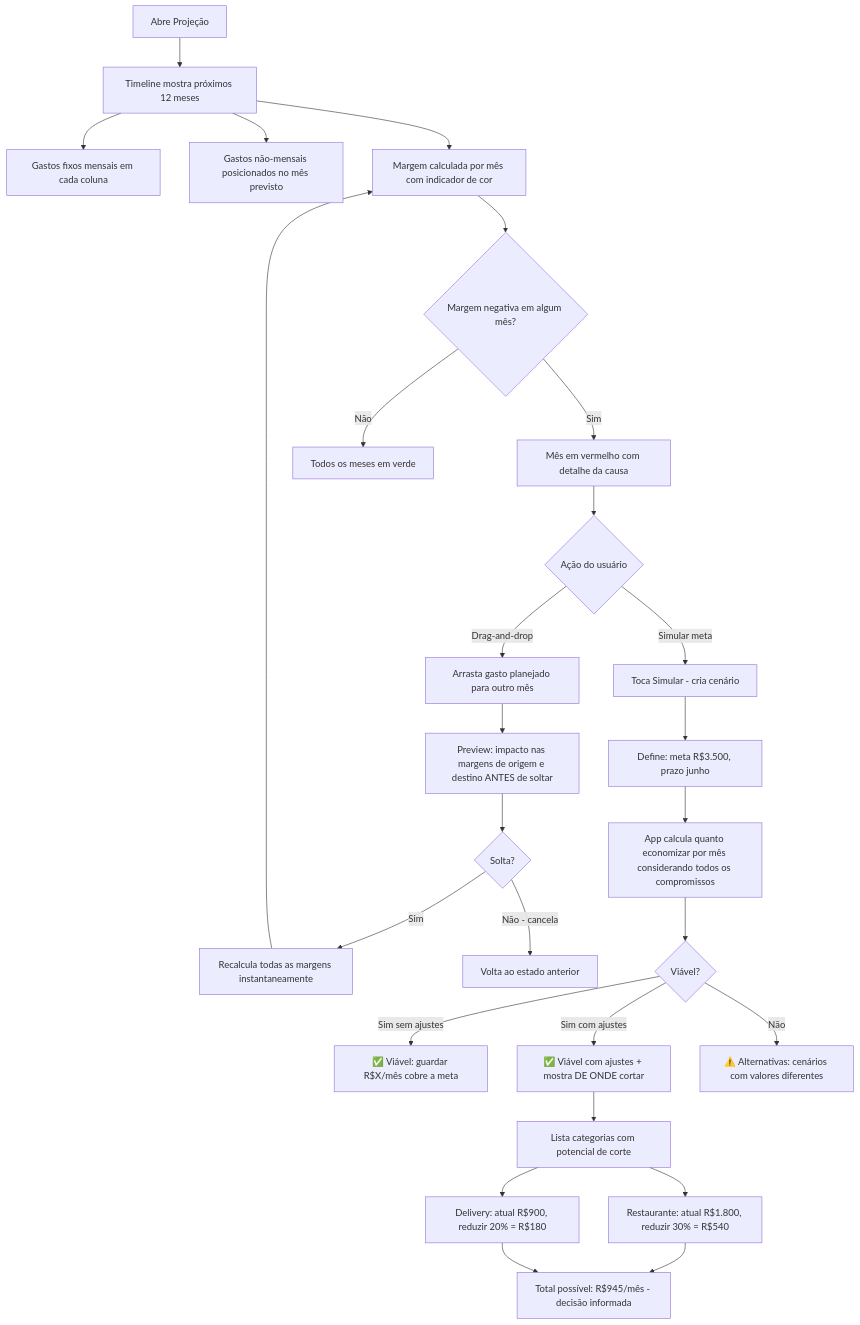
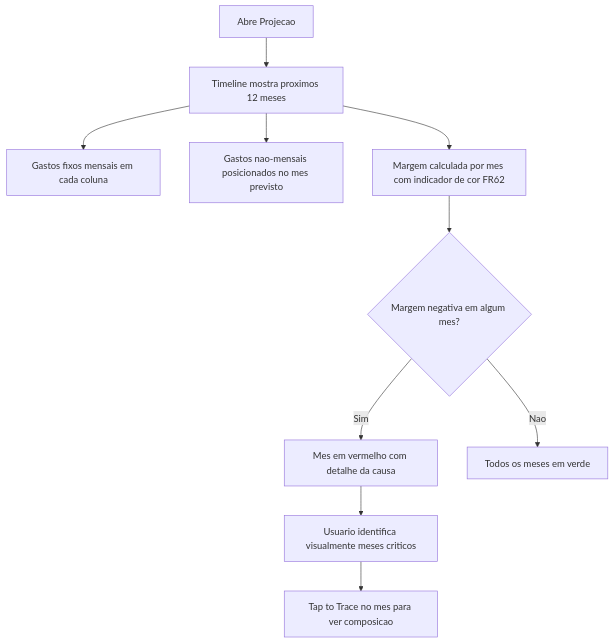
Before and after one commit to vitorcastilho/caderninho: the fifth of 6 diagrams in _bmad-output/planning-artifacts/ux-design-specification.md, drawn with Mermaid. The commit also changed other lines of this file and 10 other files, not shown here.

First line of the commit message:
Add architecture, epics, stories, and project context artifacts

````diff
--- a/_bmad-output/planning-artifacts/ux-design-specification.md
+++ b/_bmad-output/planning-artifacts/ux-design-specification.md
@@ -985,29 +997,12 @@
 ```mermaid
 flowchart TD
-    A[Abre Projeção] --> B[Timeline mostra próximos 12 meses]
+    A[Abre Projecao] --> B[Timeline mostra proximos 12 meses]
     B --> C[Gastos fixos mensais em cada coluna]
-    B --> D[Gastos não-mensais posicionados no mês previsto]
-    B --> E[Margem calculada por mês com indicador de cor]
-    E --> F{Margem negativa em algum mês?}
-    F -->|Sim| G[Mês em vermelho com detalhe da causa]
-    F -->|Não| H[Todos os meses em verde]
-    G --> I{Ação do usuário}
-    I -->|Drag-and-drop| J[Arrasta gasto planejado para outro mês]
-    J --> K[Preview: impacto nas margens de origem e destino ANTES de soltar]
-    K --> L{Solta?}
-    L -->|Sim| M[Recalcula todas as margens instantaneamente]
-    L -->|Não - cancela| N[Volta ao estado anterior]
-    M --> E
-    I -->|Simular meta| O[Toca Simular - cria cenário]
-    O --> P[Define: meta R$3.500, prazo junho]
-    P --> Q[App calcula quanto economizar por mês considerando todos os compromissos]
-    Q --> R{Viável?}
-    R -->|Sim sem ajustes| S[✅ Viável: guardar R$X/mês cobre a meta]
-    R -->|Sim com ajustes| T[✅ Viável com ajustes + mostra DE ONDE cortar]
-    R -->|Não| U[⚠️ Alternativas: cenários com valores diferentes]
-    T --> V[Lista categorias com potencial de corte]
-    V --> W[Restaurante: atual R$1.800, reduzir 30% = R$540]
-    V --> X[Delivery: atual R$900, reduzir 20% = R$180]
-    W --> Y[Total possível: R$945/mês - decisão informada]
-    X --> Y
+    B --> D[Gastos nao-mensais posicionados no mes previsto]
+    B --> E[Margem calculada por mes com indicador de cor FR62]
+    E --> F{Margem negativa em algum mes?}
+    F -->|Sim| G[Mes em vermelho com detalhe da causa]
+    F -->|Nao| H[Todos os meses em verde]
+    G --> I[Usuario identifica visualmente meses criticos]
+    I --> J[Tap to Trace no mes para ver composicao]
 ```
````
